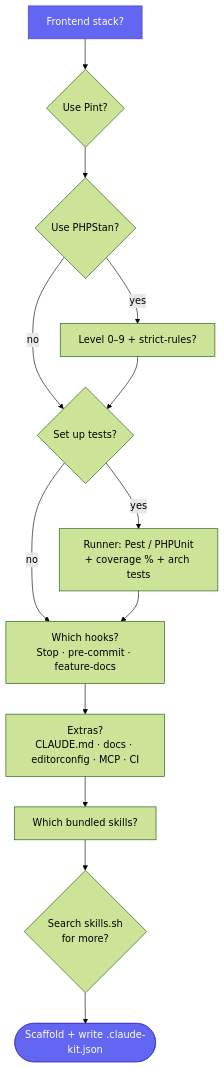
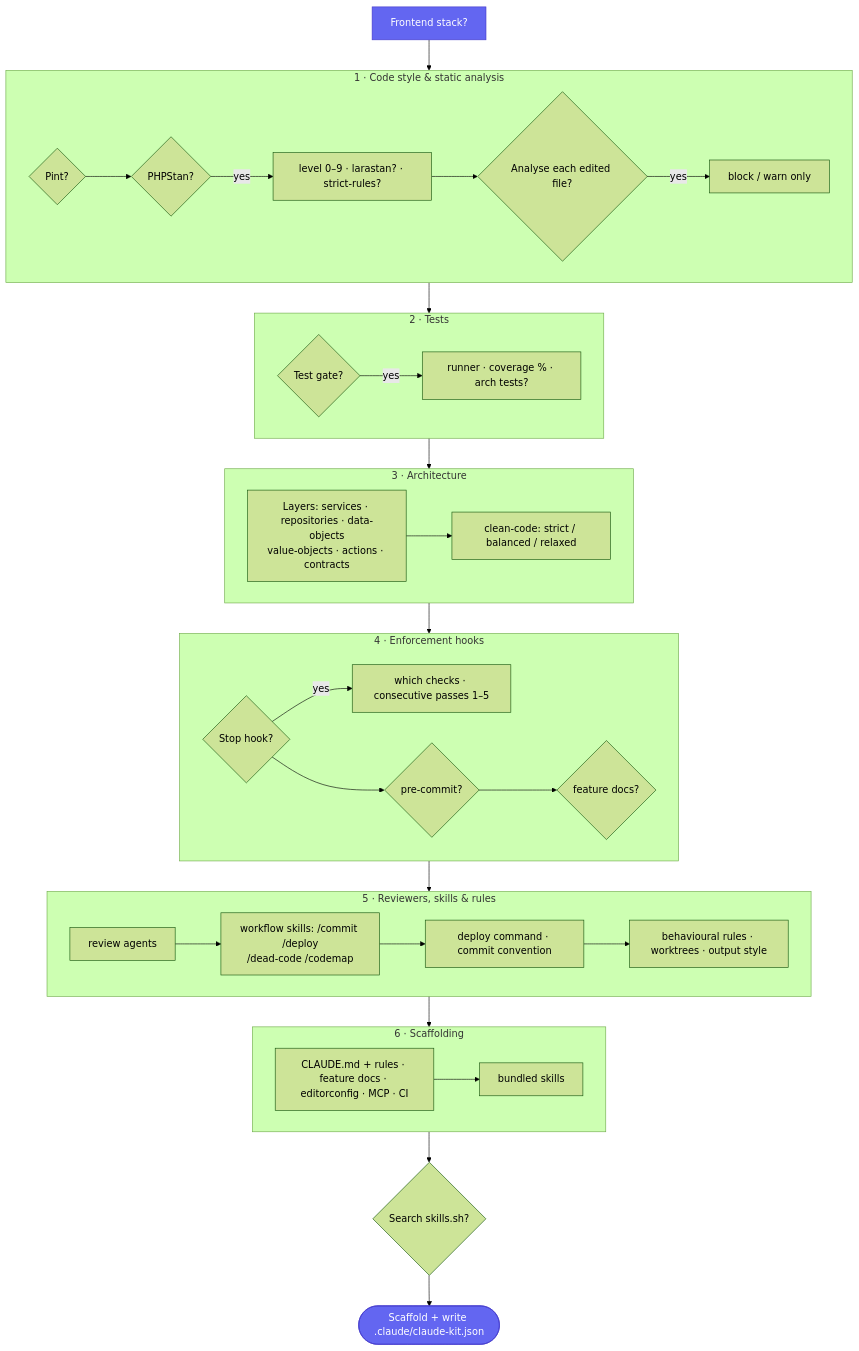
One commit to mohamed-ashraf-elsaed/claude-kit changed the diagram in docs/Usage.md. Above: the diagram before and after it, drawn with Mermaid (forest theme). The commit also changed other lines of this file and 75 other files, not shown here.

````diff
--- a/docs/Usage.md
+++ b/docs/Usage.md
@@ -19,17 +20,37 @@
 ```mermaid
 flowchart TD
-    S[Frontend stack?] --> P{Use Pint?}
-    P --> PS{Use PHPStan?}
-    PS -- yes --> L[Level 0–9 + strict-rules?]
-    PS -- no --> T
-    L --> T{Set up tests?}
-    T -- yes --> TR[Runner: Pest / PHPUnit<br/>+ coverage % + arch tests]
-    T -- no --> H
-    TR --> H[Which hooks?<br/>Stop · pre-commit · feature-docs]
-    H --> X[Extras?<br/>CLAUDE.md · docs · editorconfig · MCP · CI]
-    X --> SK[Which bundled skills?]
-    SK --> MORE{Search skills.sh<br/>for more?}
-    MORE --> DONE([Scaffold + write .claude-kit.json])
+    S[Frontend stack?] --> SA
+    subgraph SA [1 · Code style & static analysis]
+        P{Pint?} --> PS{PHPStan?}
+        PS -- yes --> L[level 0–9 · larastan? · strict-rules?]
+        L --> HK{Analyse each edited file?}
+        HK -- yes --> BW[block / warn only]
+    end
+    SA --> T
+    subgraph T [2 · Tests]
+        TG{Test gate?} -- yes --> TR[runner · coverage % · arch tests?]
+    end
+    T --> A
+    subgraph A [3 · Architecture]
+        LY[Layers: services · repositories · data-objects<br/>value-objects · actions · contracts] --> CC[clean-code: strict / balanced / relaxed]
+    end
+    A --> H
+    subgraph H [4 · Enforcement hooks]
+        ST{Stop hook?} -- yes --> CH[which checks · consecutive passes 1–5]
+        ST --> PC{pre-commit?} --> FD{feature docs?}
+    end
+    H --> R
+    subgraph R [5 · Reviewers, skills & rules]
+        AG[review agents] --> WS[workflow skills: /commit /deploy<br/>/dead-code /codemap]
+        WS --> DC[deploy command · commit convention]
+        DC --> BR[behavioural rules · worktrees · output style]
+    end
+    R --> SC
+    subgraph SC [6 · Scaffolding]
+        EX[CLAUDE.md + rules · feature docs · editorconfig · MCP · CI] --> SK[bundled skills]
+    end
+    SC --> MORE{Search skills.sh?}
+    MORE --> DONE([Scaffold + write .claude/claude-kit.json])
     classDef k fill:#6366f1,stroke:#4338ca,color:#fff;
     class S,DONE k;
 ```
````
